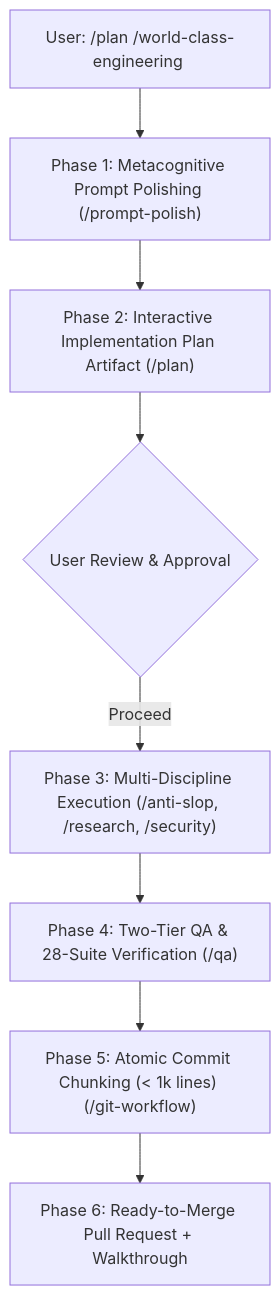
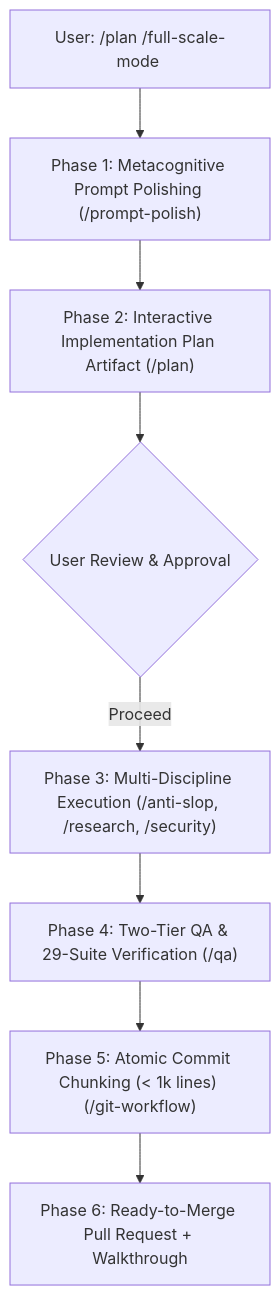
The first of 2 diagrams in README.md (darknecrocities/SkillBuilder), drawn with Mermaid before and after one commit. The commit also changed other lines of this file and 9 other files, not shown here.

Commit message:
feat(orchestration): introduce Full-Scale Mode master project engine, parallel subagents, and token budgeting (v3.9.0)

````diff
--- a/README.md
+++ b/README.md
@@ -123,10 +123,10 @@
 ```mermaid
 flowchart TD
-    INPUT["User: /plan /world-class-engineering <Task>"] --> PPE["Phase 1: Metacognitive Prompt Polishing (/prompt-polish)"]
+    INPUT["User: /plan /full-scale-mode <Task>"] --> PPE["Phase 1: Metacognitive Prompt Polishing (/prompt-polish)"]
     PPE --> PLAN["Phase 2: Interactive Implementation Plan Artifact (/plan)"]
     PLAN --> APPROVE{"User Review & Approval"}
     APPROVE -- "Proceed" --> EXEC["Phase 3: Multi-Discipline Execution (/anti-slop, /research, /security)"]
-    EXEC --> QA["Phase 4: Two-Tier QA & 28-Suite Verification (/qa)"]
+    EXEC --> QA["Phase 4: Two-Tier QA & 29-Suite Verification (/qa)"]
     QA --> CHUNK["Phase 5: Atomic Commit Chunking (< 1k lines) (/git-workflow)"]
     CHUNK --> PR["Phase 6: Ready-to-Merge Pull Request + Walkthrough"]
 ```
````
